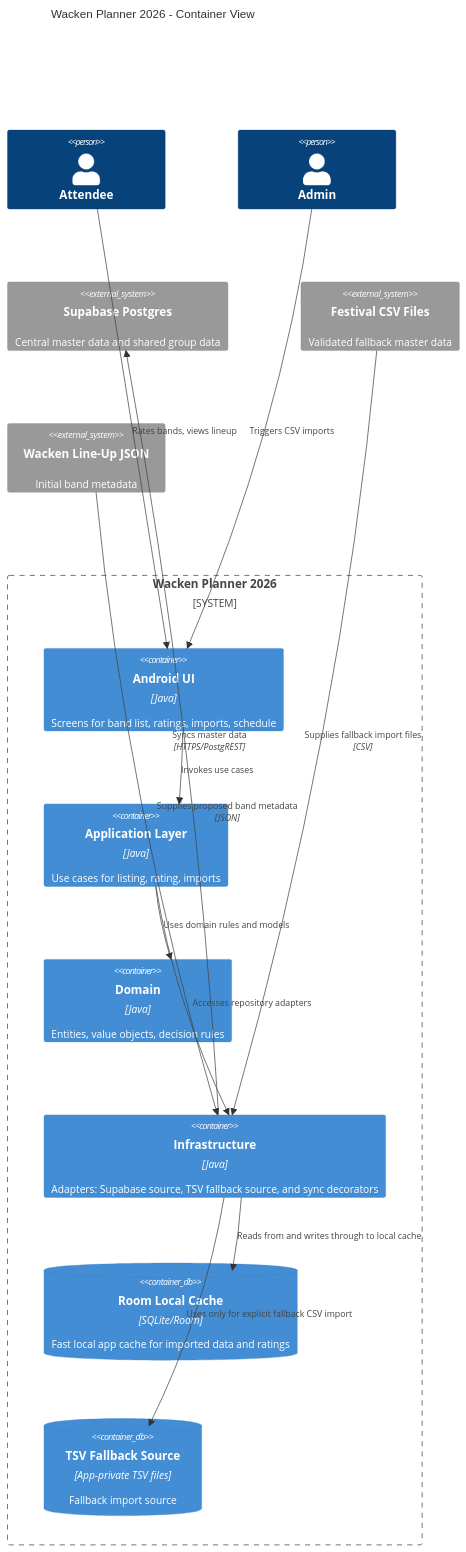
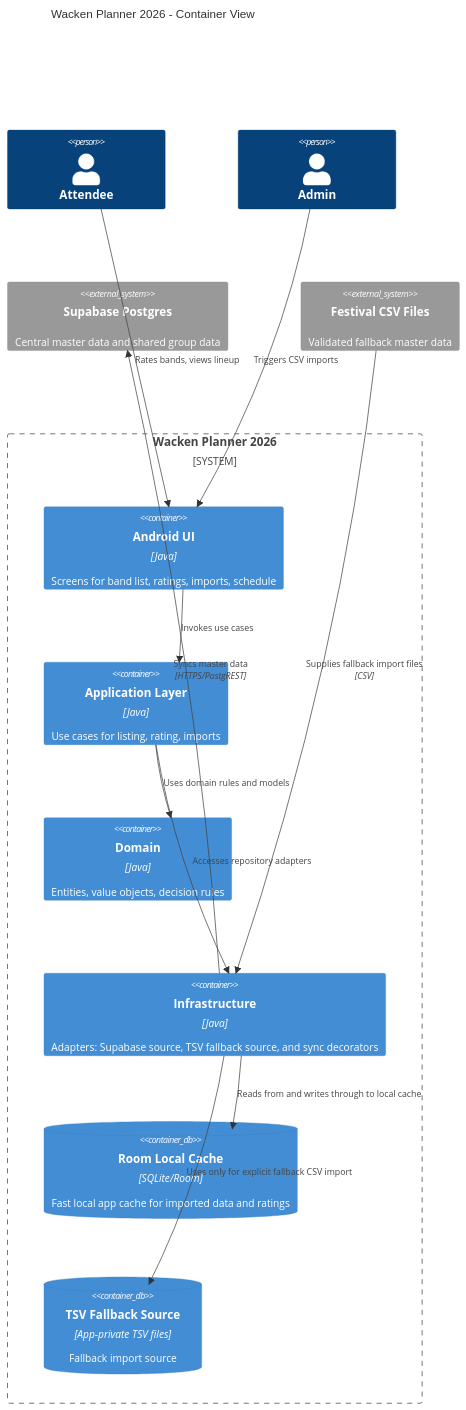
One commit to DinoDeWaen/wacken changed the third of 3 diagrams in README.md. Above: the diagram before and after it, drawn with Mermaid. The commit also changed other lines of this file and 2 other files, not shown here.

Commit message:
Document post-Wacken festival rating architecture

````diff
--- a/README.md
+++ b/README.md
@@ -130,29 +131,27 @@
 ```mermaid
 C4Container
     title Wacken Planner 2026 - Container View
     Person(attendee, "Attendee")
     Person(admin, "Admin")
     System_Ext(supabase, "Supabase Postgres", "Central master data and shared group data")
     System_Ext(csvSource, "Festival CSV Files", "Validated fallback master data")
-    System_Ext(wackenSite, "Wacken Line-Up JSON", "Initial band metadata")
 
     System_Boundary(app, "Wacken Planner 2026") {
         Container(ui, "Android UI", "Java", "Screens for band list, ratings, imports, schedule")
         Container(appsvc, "Application Layer", "Java", "Use cases for listing, rating, imports")
         Container(domain, "Domain", "Java", "Entities, value objects, decision rules")
         Container(infra, "Infrastructure", "Java", "Adapters: Supabase source, TSV fallback source, and sync decorators")
         ContainerDb(cache, "Room Local Cache", "SQLite/Room", "Fast local app cache for imported data and ratings")
         ContainerDb(tsv, "TSV Fallback Source", "App-private TSV files", "Fallback import source")
     }
 
     Rel(attendee, ui, "Rates bands, views lineup")
     Rel(admin, ui, "Triggers CSV imports")
     Rel(ui, appsvc, "Invokes use cases")
     Rel(appsvc, domain, "Uses domain rules and models")
     Rel(appsvc, infra, "Accesses repository adapters")
     Rel(infra, cache, "Reads from and writes through to local cache")
     Rel(infra, supabase, "Syncs master data", "HTTPS/PostgREST")
     Rel(infra, tsv, "Uses only for explicit fallback CSV import")
     Rel(csvSource, infra, "Supplies fallback import files", "CSV")
-    Rel(wackenSite, infra, "Supplies proposed band metadata", "JSON")
 ```
````
